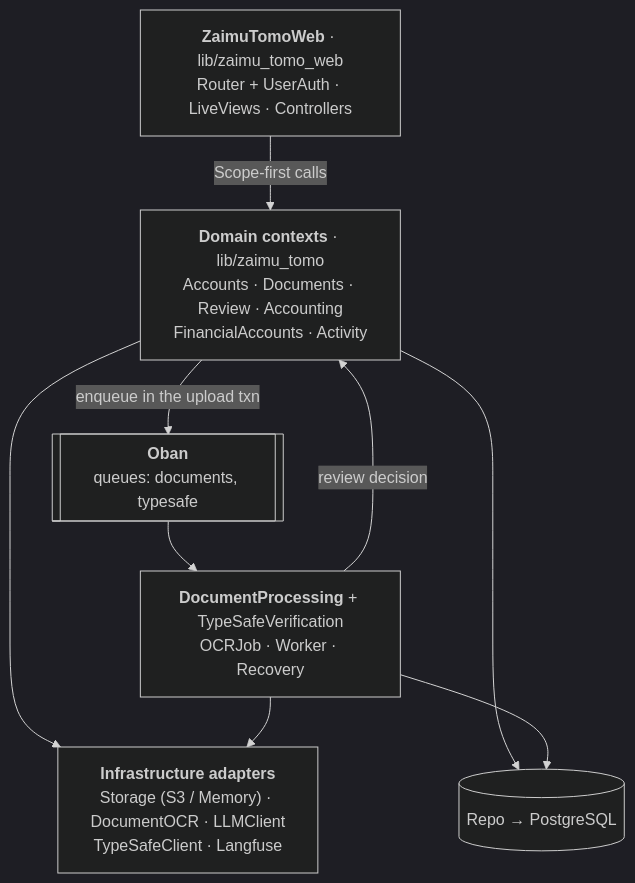
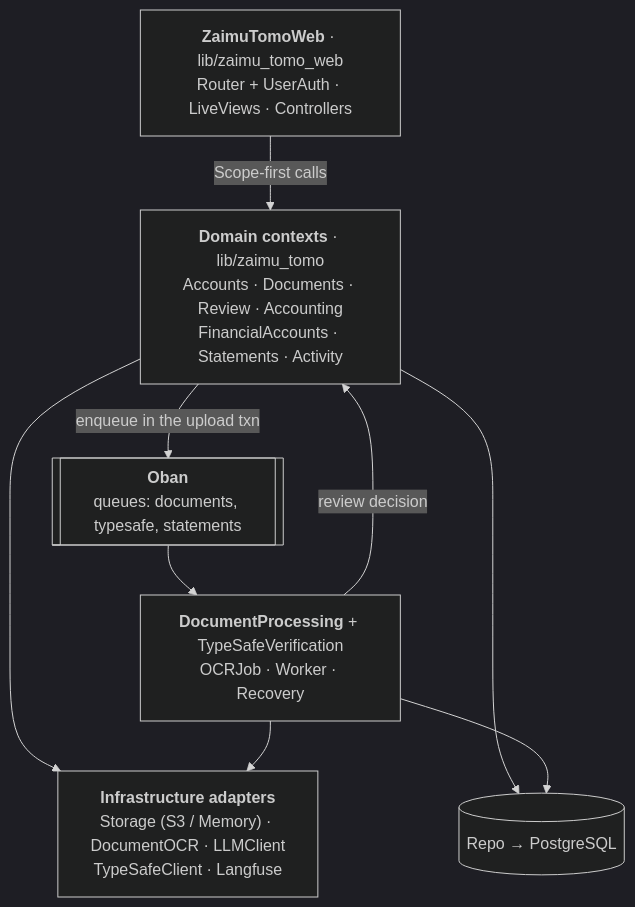
One commit to acramatte/zaimu-tomo changed the second of 14 diagrams in docs/architecture.md. Above: the diagram before and after it, drawn with Mermaid (dark theme). The commit also changed other lines of this file and 16 other files, not shown here.

````diff
--- a/docs/architecture.md
+++ b/docs/architecture.md
@@ -122,18 +123,18 @@
 ```mermaid
 flowchart TB
     web["<b>ZaimuTomoWeb</b> · lib/zaimu_tomo_web<br/>Router + UserAuth · LiveViews · Controllers"]
-    core["<b>Domain contexts</b> · lib/zaimu_tomo<br/>Accounts · Documents · Review · Accounting<br/>FinancialAccounts · Activity"]
-    oban[["<b>Oban</b><br/>queues: documents, typesafe"]]
+    core["<b>Domain contexts</b> · lib/zaimu_tomo<br/>Accounts · Documents · Review · Accounting<br/>FinancialAccounts · Statements · Activity"]
+    oban[["<b>Oban</b><br/>queues: documents, typesafe, statements"]]
     proc["<b>DocumentProcessing</b> + TypeSafeVerification<br/>OCRJob · Worker · Recovery"]
     adapters["<b>Infrastructure adapters</b><br/>Storage (S3 / Memory) · DocumentOCR · LLMClient<br/>TypeSafeClient · Langfuse"]
     repo[("Repo → PostgreSQL")]
 
     web -->|"Scope-first calls"| core
     core -->|"enqueue in the upload txn"| oban
     oban --> proc
     proc -->|"review decision"| core
     core --> adapters
     proc --> adapters
     core --> repo
     proc --> repo
 ```
````
